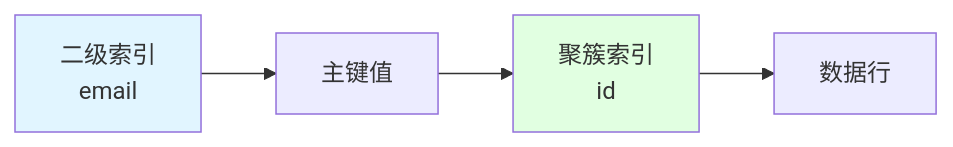
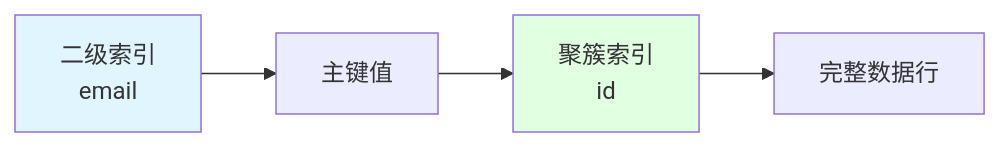
Before and after one commit to YiWang24/AiDIY: the second of 2 diagrams in i18n/zh-Hans/docusaurus-plugin-content-docs/current/cs/database/mysql/indexes.mdx, drawn with Mermaid. The commit also changed other lines of this file and 59 other files, not shown here.

````diff
--- a/i18n/zh-Hans/docusaurus-plugin-content-docs/current/cs/database/mysql/indexes.mdx
+++ b/i18n/zh-Hans/docusaurus-plugin-content-docs/current/cs/database/mysql/indexes.mdx
@@ -110,9 +88,9 @@
 ```mermaid
 graph LR
     A[二级索引<br/>email] --> B[主键值]
     B --> C[聚簇索引<br/>id]
-    C --> D[数据行]
+    C --> D[完整数据行]
 
     style A fill:#e1f5ff
     style C fill:#e1ffe1
 ```
````
